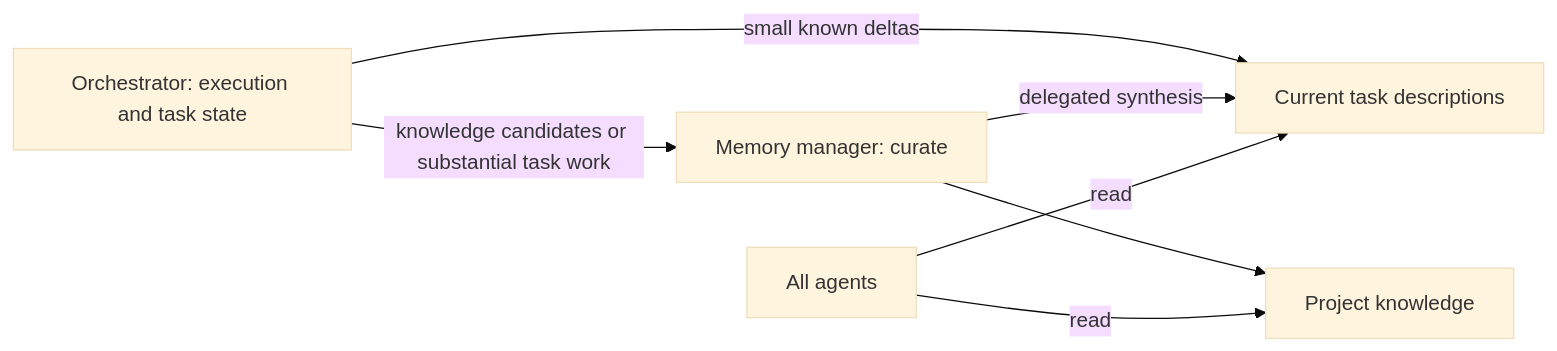
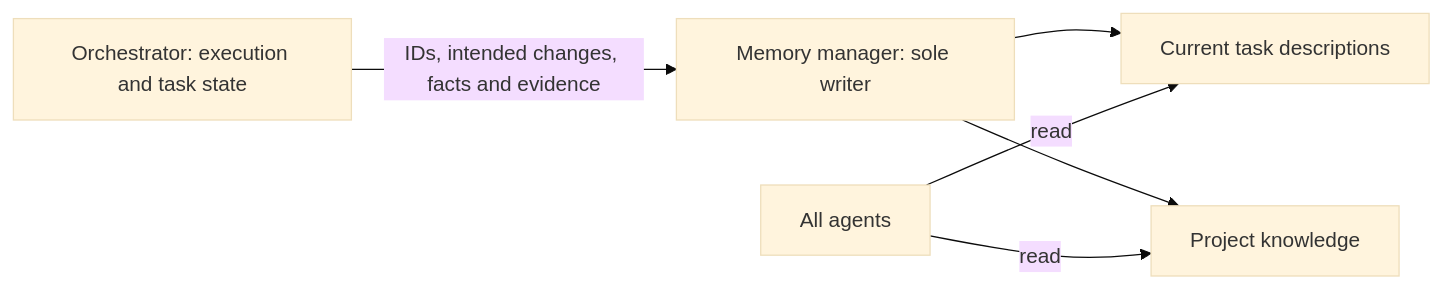
One commit to smartfrog/opencode-froggy changed the diagram in docs/memory.md. Above: the diagram before and after it, drawn with Mermaid (base theme). The commit also changed other lines of this file and 19 other files, not shown here.

Commit message:
Restrict memory writes to manager and add guarded targeted edits

````diff
--- a/docs/memory.md
+++ b/docs/memory.md
@@ -6,9 +6,8 @@
 ```mermaid
 flowchart LR
-    O[Orchestrator: execution and task state] -->|small known deltas| T[Current task descriptions]
-    O -->|knowledge candidates or substantial task work| M[Memory manager: curate]
-    M -->|delegated synthesis| T
+    O[Orchestrator: execution and task state] -->|IDs, intended changes, facts and evidence| M[Memory manager: sole writer]
+    M --> T[Current task descriptions]
     M --> K[Project knowledge]
     A[All agents] -->|read| T
     A -->|read| K
 ```
````
